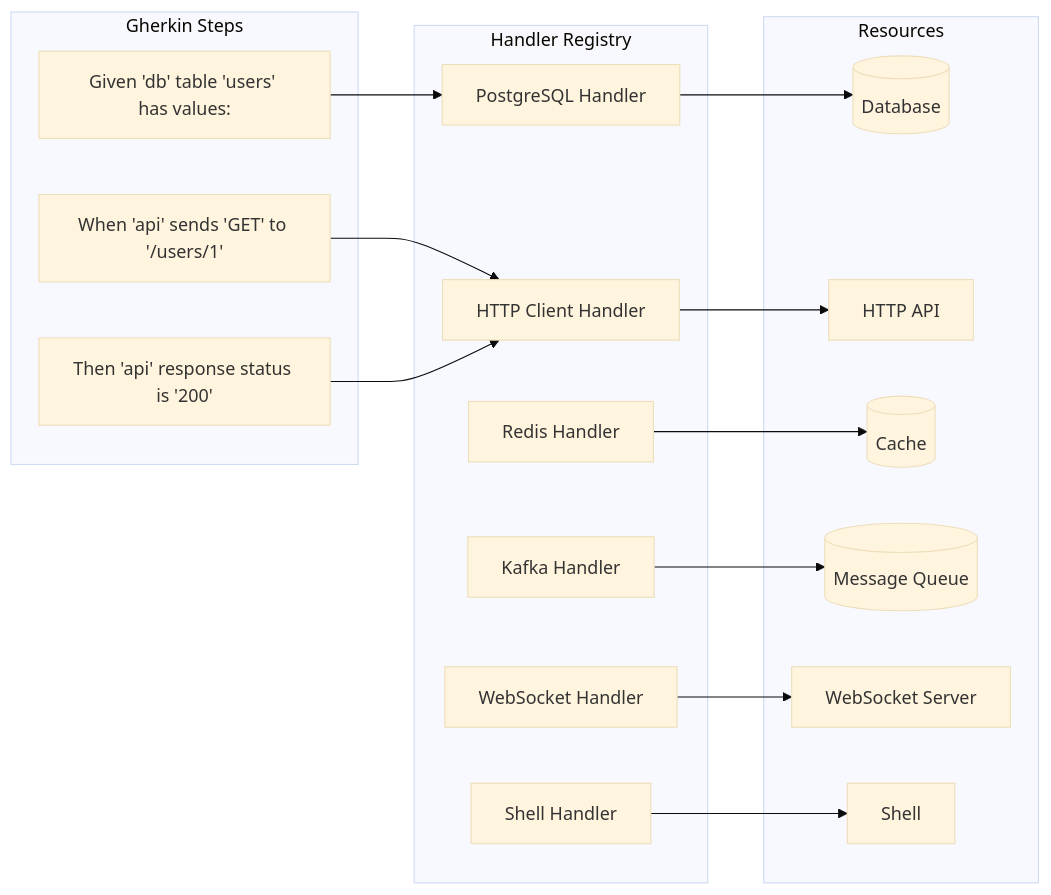
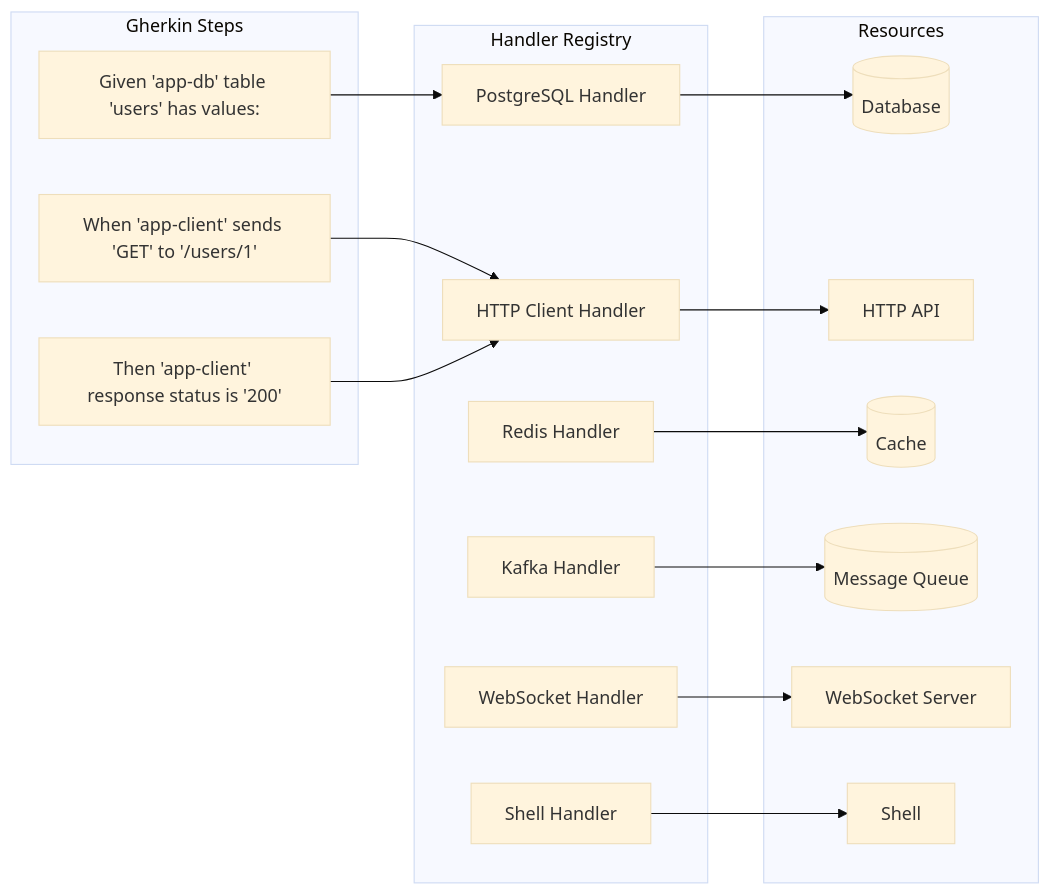
The third of 9 diagrams in docs/developer-guide/architecture.md (tomatool/tomato), drawn with Mermaid (base theme) before and after one commit. The commit also changed other lines of this file and 92 other files, not shown here.

````diff
--- a/docs/developer-guide/architecture.md
+++ b/docs/developer-guide/architecture.md
@@ -173,37 +173,37 @@
 ```mermaid
 flowchart LR
     subgraph Steps["Gherkin Steps"]
-        S1["Given 'db' table 'users' has values:"]
-        S2["When 'api' sends 'GET' to '/users/1'"]
-        S3["Then 'api' response status is '200'"]
+        S1["Given 'app-db' table 'users' has values:"]
+        S2["When 'app-client' sends 'GET' to '/users/1'"]
+        S3["Then 'app-client' response status is '200'"]
     end
 
     subgraph Handlers["Handler Registry"]
         PG[PostgreSQL Handler]
         HTTP[HTTP Client Handler]
         REDIS[Redis Handler]
         KAFKA[Kafka Handler]
         WS[WebSocket Handler]
         SHELL[Shell Handler]
     end
 
     subgraph Resources["Resources"]
         DB[(Database)]
         API[HTTP API]
         CACHE[(Cache)]
         MQ[(Message Queue)]
         WSS[WebSocket Server]
         CMD[Shell]
     end
 
     S1 --> PG
     S2 --> HTTP
     S3 --> HTTP
 
     PG --> DB
     HTTP --> API
     REDIS --> CACHE
     KAFKA --> MQ
     WS --> WSS
     SHELL --> CMD
 ```
````
